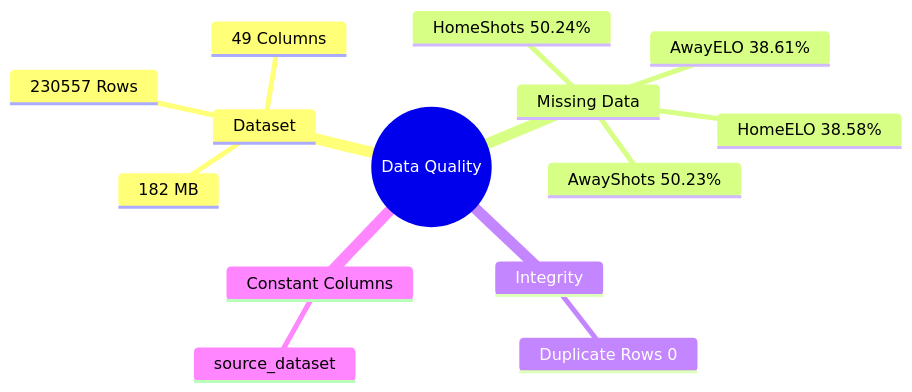
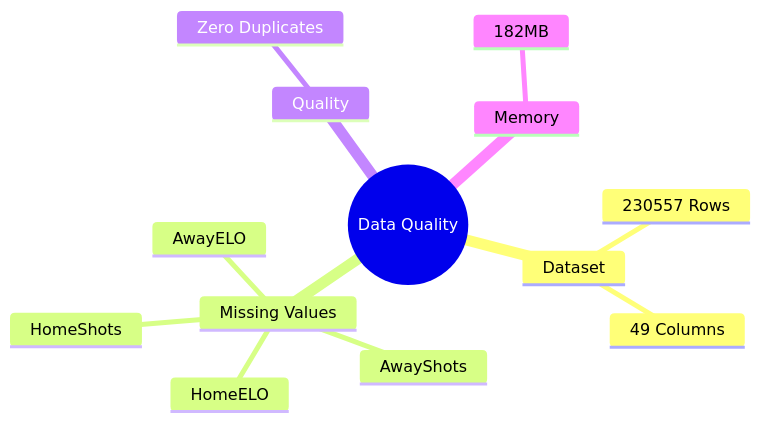
The seventh of 11 diagrams in Match_Prediction_Intelligence.md (sai-ganesh-4539/StatVault), drawn with Mermaid before and after one commit. The commit also changed other lines of this file, not shown here.

````diff
--- a/Match_Prediction_Intelligence.md
+++ b/Match_Prediction_Intelligence.md
@@ -223,21 +310,20 @@
 ```mermaid
 mindmap
   root((Data Quality))
 
     Dataset
       230557 Rows
       49 Columns
-      182 MB
 
-    Missing Data
-      HomeELO 38.58%
-      AwayELO 38.61%
-      HomeShots 50.24%
-      AwayShots 50.23%
+    Missing Values
+      HomeELO
+      AwayELO
+      HomeShots
+      AwayShots
 
-    Integrity
-      Duplicate Rows 0
+    Quality
+      Zero Duplicates
 
-    Constant Columns
-      source_dataset
+    Memory
+      182MB
 ```
````
